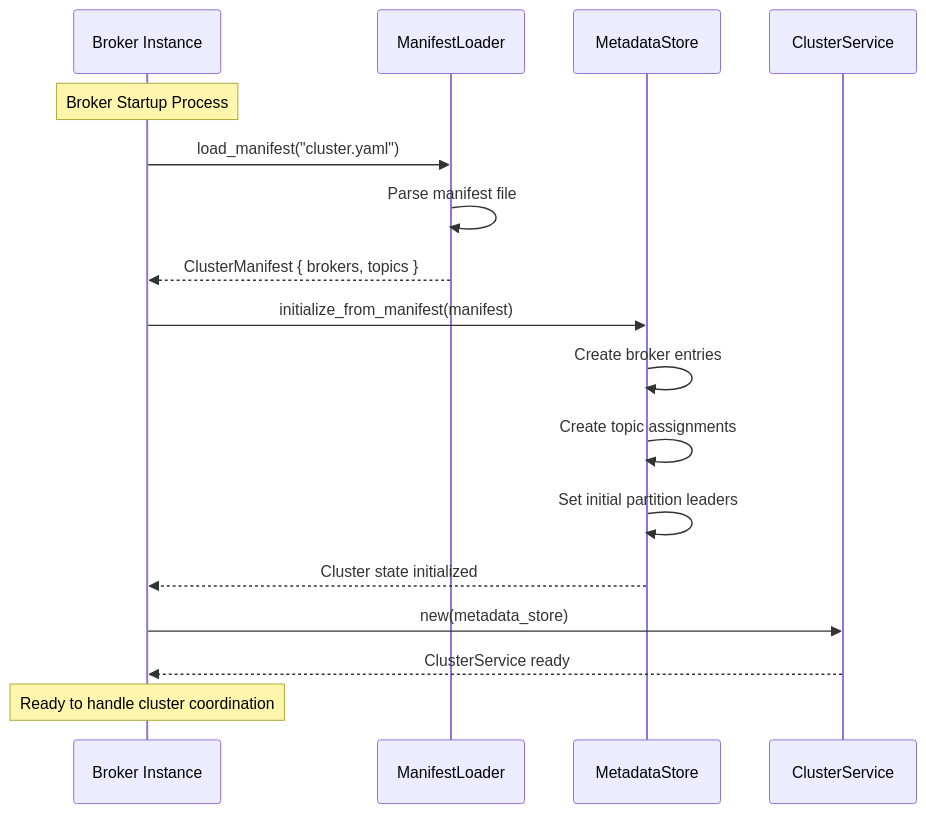
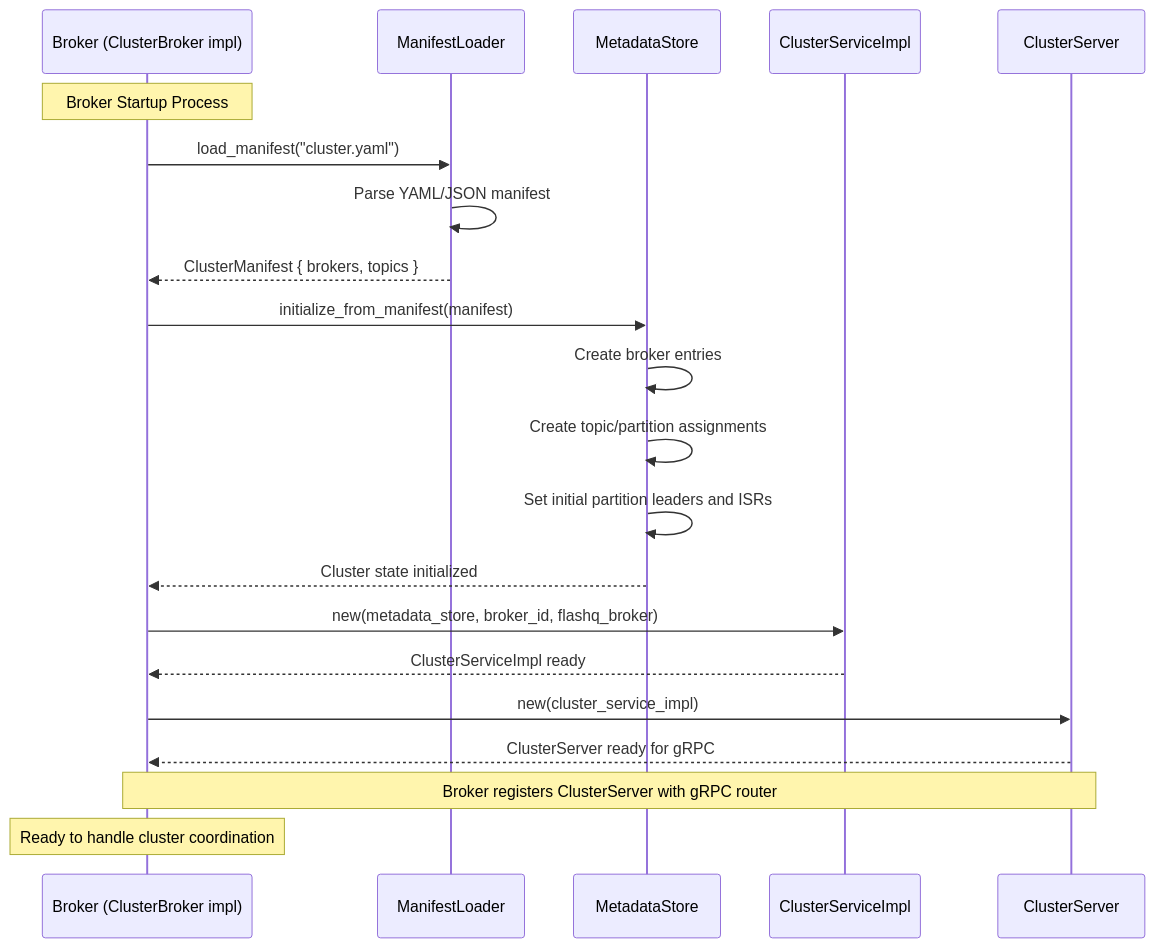
The first of 4 diagrams in crates/flashq-cluster/README.md (harshitmahapatra/flashq), drawn with Mermaid before and after one commit. The commit also changed other lines of this file, not shown here.

Commit message:
Updated flashq-cluster readme based on the current state of cluster coordination.

````diff
--- a/crates/flashq-cluster/README.md
+++ b/crates/flashq-cluster/README.md
@@ -29,24 +31,29 @@
 ```mermaid
 sequenceDiagram
-    participant Broker as Broker Instance
+    participant Broker as Broker (ClusterBroker impl)
     participant ML as ManifestLoader
     participant MS as MetadataStore
-    participant CS as ClusterService
+    participant CSI as ClusterServiceImpl
+    participant CSrv as ClusterServer
 
     Note over Broker: Broker Startup Process
 
     Broker->>ML: load_manifest("cluster.yaml")
-    ML->>ML: Parse manifest file
+    ML->>ML: Parse YAML/JSON manifest
     ML-->>Broker: ClusterManifest { brokers, topics }
 
     Broker->>MS: initialize_from_manifest(manifest)
     MS->>MS: Create broker entries
-    MS->>MS: Create topic assignments
-    MS->>MS: Set initial partition leaders
+    MS->>MS: Create topic/partition assignments
+    MS->>MS: Set initial partition leaders and ISRs
     MS-->>Broker: Cluster state initialized
 
-    Broker->>CS: new(metadata_store)
-    CS-->>Broker: ClusterService ready
+    Broker->>CSI: new(metadata_store, broker_id, flashq_broker)
+    CSI-->>Broker: ClusterServiceImpl ready
 
+    Broker->>CSrv: new(cluster_service_impl)
+    CSrv-->>Broker: ClusterServer ready for gRPC
+
+    Note over Broker,CSrv: Broker registers ClusterServer with gRPC router
     Note over Broker: Ready to handle cluster coordination
 ```
````
